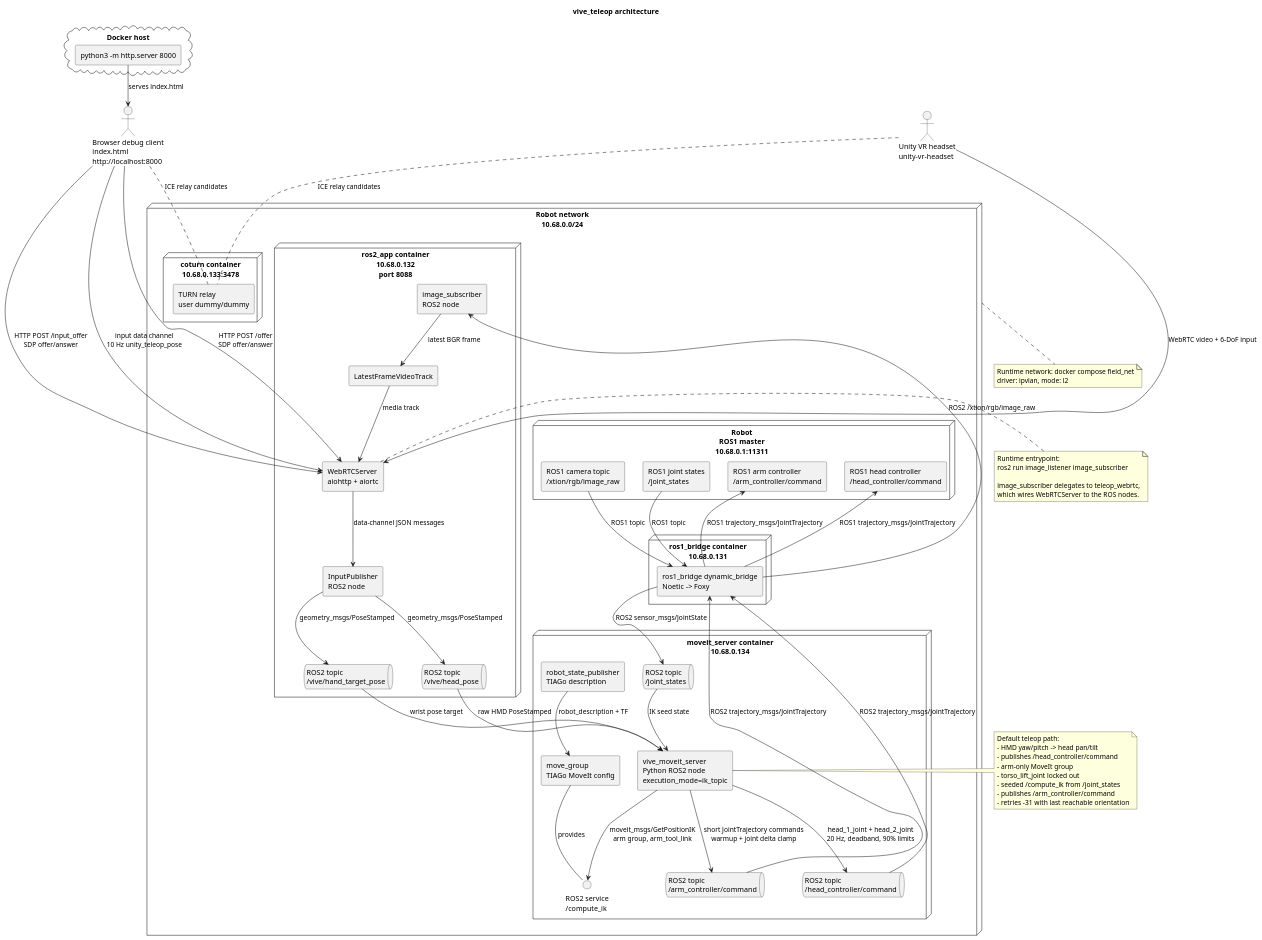
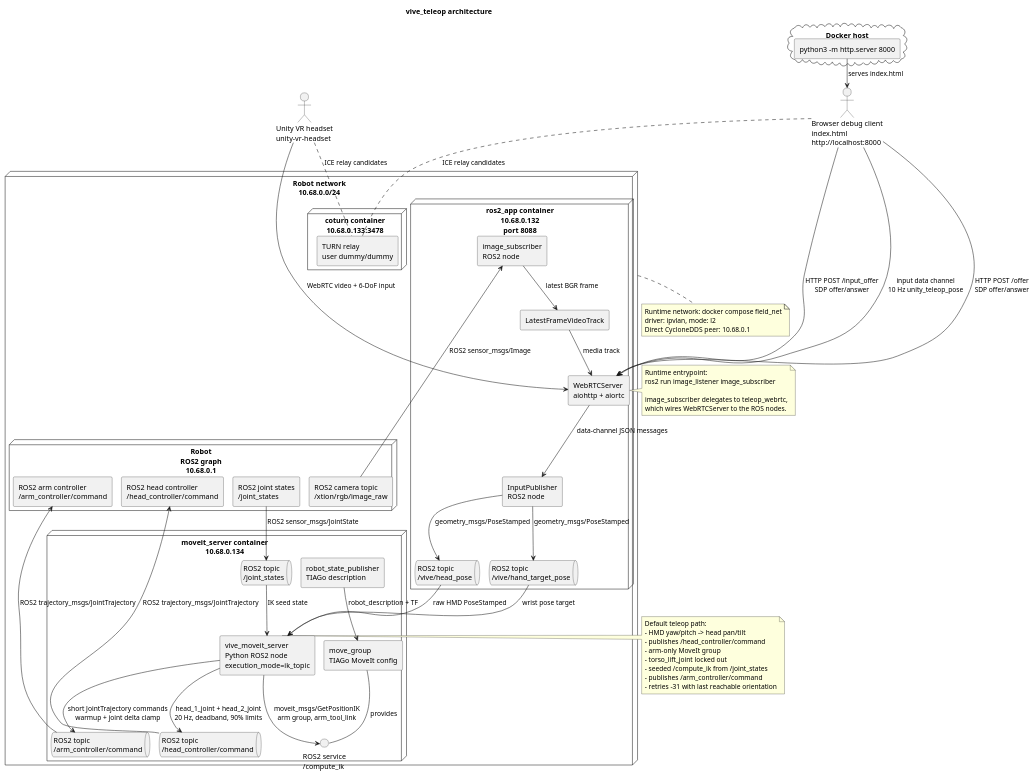
Before and after one commit to ichores-research/vive_teleop: the diagram in architecture.puml, drawn with PlantUML. The commit also changed 12 other files, not shown here.

Commit message:
Upgraded robot to ROS2

```diff
--- a/architecture.puml
+++ b/architecture.puml
@@ -1,107 +1,101 @@
 @startuml
+!pragma layout smetana
 title vive_teleop architecture
 
 skinparam componentStyle rectangle
 skinparam shadowing false
 skinparam defaultFontName Monospace
 
 actor "Browser debug client\nindex.html\nhttp://localhost:8000" as Browser
 actor "Unity VR headset\nunity-vr-headset" as Unity
 
 node "Robot network\n10.68.0.0/24" as Net {
-  node "Robot\nROS1 master\n10.68.0.1:11311" as Robot {
-    component "ROS1 camera topic\n/xtion/rgb/image_raw" as Ros1Camera
-    component "ROS1 joint states\n/joint_states" as Ros1JointStates
-    component "ROS1 arm controller\n/arm_controller/command" as Ros1ArmCommand
-    component "ROS1 head controller\n/head_controller/command" as Ros1HeadCommand
-  }
-
-  node "ros1_bridge container\n10.68.0.131" as Bridge {
-    component "ros1_bridge dynamic_bridge\nNoetic -> Foxy" as DynamicBridge
+  node "Robot\nROS2 graph\n10.68.0.1" as Robot {
+    component "ROS2 camera topic\n/xtion/rgb/image_raw" as RobotCamera
+    component "ROS2 joint states\n/joint_states" as RobotJointStates
+    component "ROS2 arm controller\n/arm_controller/command" as RobotArmCommand
+    component "ROS2 head controller\n/head_controller/command" as RobotHeadCommand
   }
 
   node "ros2_app container\n10.68.0.132\nport 8088" as Ros2App {
     component "image_subscriber\nROS2 node" as ImageSubscriber
     component "LatestFrameVideoTrack" as VideoTrack
     component "WebRTCServer\naiohttp + aiortc" as WebRTCServer
     component "InputPublisher\nROS2 node" as InputPublisher
     queue "ROS2 topic\n/vive/head_pose" as HeadPoseTopic
     queue "ROS2 topic\n/vive/hand_target_pose" as HandTargetTopic
   }
 
   node "moveit_server container\n10.68.0.134" as MoveItContainer {
     component "robot_state_publisher\nTIAGo description" as RobotStatePublisher
     component "move_group\nTIAGo MoveIt config" as MoveGroup
     component "vive_moveit_server\nPython ROS2 node\nexecution_mode=ik_topic" as MoveItServer
     queue "ROS2 topic\n/joint_states" as JointStateTopic
     queue "ROS2 topic\n/head_controller/command" as HeadCommandTopic
     queue "ROS2 topic\n/arm_controller/command" as ArmCommandTopic
     interface "ROS2 service\n/compute_ik" as ComputeIkService
   }
 
   node "coturn container\n10.68.0.133:3478" as Coturn {
     component "TURN relay\nuser dummy/dummy" as TurnRelay
   }
 }
 
 cloud "Docker host" as Host {
   component "python3 -m http.server 8000" as StaticServer
 }
 
-Ros1Camera --> DynamicBridge : ROS1 topic
-DynamicBridge --> ImageSubscriber : ROS2 /xtion/rgb/image_raw
-Ros1JointStates --> DynamicBridge : ROS1 topic
-DynamicBridge --> JointStateTopic : ROS2 sensor_msgs/JointState
-ArmCommandTopic --> DynamicBridge : ROS2 trajectory_msgs/JointTrajectory
-DynamicBridge --> Ros1ArmCommand : ROS1 trajectory_msgs/JointTrajectory
-HeadCommandTopic --> DynamicBridge : ROS2 trajectory_msgs/JointTrajectory
-DynamicBridge --> Ros1HeadCommand : ROS1 trajectory_msgs/JointTrajectory
+RobotCamera --> ImageSubscriber : ROS2 sensor_msgs/Image
+RobotJointStates --> JointStateTopic : ROS2 sensor_msgs/JointState
+ArmCommandTopic --> RobotArmCommand : ROS2 trajectory_msgs/JointTrajectory
+HeadCommandTopic --> RobotHeadCommand : ROS2 trajectory_msgs/JointTrajectory
 
 ImageSubscriber --> VideoTrack : latest BGR frame
 VideoTrack --> WebRTCServer : media track
 WebRTCServer --> InputPublisher : data-channel JSON messages
 InputPublisher --> HeadPoseTopic : geometry_msgs/PoseStamped
 InputPublisher --> HandTargetTopic : geometry_msgs/PoseStamped
 HeadPoseTopic --> MoveItServer : raw HMD PoseStamped
 HandTargetTopic --> MoveItServer : wrist pose target
 JointStateTopic --> MoveItServer : IK seed state
 RobotStatePublisher --> MoveGroup : robot_description + TF
 MoveGroup -- ComputeIkService : provides
 MoveItServer --> ComputeIkService : moveit_msgs/GetPositionIK\narm group, arm_tool_link
 MoveItServer --> HeadCommandTopic : head_1_joint + head_2_joint\n20 Hz, deadband, 90% limits
 MoveItServer --> ArmCommandTopic : short JointTrajectory commands\nwarmup + joint delta clamp
 
 StaticServer --> Browser : serves index.html
 Browser --> WebRTCServer : HTTP POST /offer\nSDP offer/answer
 Browser --> WebRTCServer : HTTP POST /input_offer\nSDP offer/answer
 Browser --> WebRTCServer : input data channel\n10 Hz unity_teleop_pose
 Browser .. TurnRelay : ICE relay candidates
 
 Unity --> WebRTCServer : WebRTC video + 6-DoF input
 Unity .. TurnRelay : ICE relay candidates
 
 note right of WebRTCServer
   Runtime entrypoint:
   ros2 run image_listener image_subscriber
 
   image_subscriber delegates to teleop_webrtc,
   which wires WebRTCServer to the ROS nodes.
 end note
 
 note right of MoveItServer
   Default teleop path:
   - HMD yaw/pitch -> head pan/tilt
   - publishes /head_controller/command
   - arm-only MoveIt group
   - torso_lift_joint locked out
   - seeded /compute_ik from /joint_states
   - publishes /arm_controller/command
   - retries -31 with last reachable orientation
 end note
 
 note bottom of Net
   Runtime network: docker compose field_net
   driver: ipvlan, mode: l2
+  Direct CycloneDDS peer: 10.68.0.1
 end note
 
 @enduml
```
